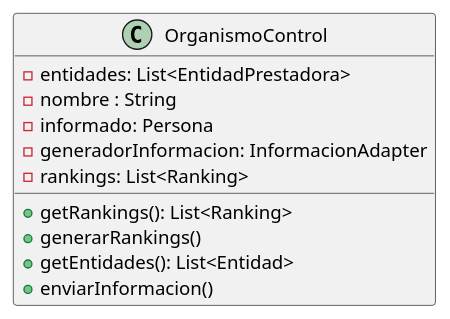
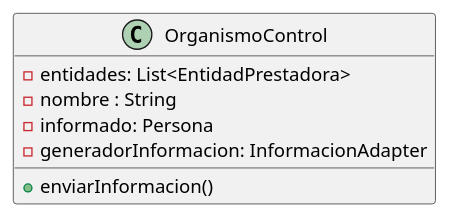
The diagram in DC/E3/domain/entidades/OrganismoControl.puml (mbertogliati/dds-tpa), drawn with PlantUML before and after one commit. The commit also changed 69 other files, not shown here.

Commit message:
Completo la estructura de (casi) todas las clases en el diagrama de clases (ver E3_COMPLETO.puml). Agregue tambien varios TODO con cosas para decidir.

```diff
--- a/DC/E3/domain/entidades/OrganismoControl.puml
+++ b/DC/E3/domain/entidades/OrganismoControl.puml
@@ -1,17 +1,13 @@
 @startuml
 'https://plantuml.com/class-diagram
 
 class OrganismoControl{
     - entidades: List<EntidadPrestadora>
     - nombre : String
     - informado: Persona
     - generadorInformacion: InformacionAdapter
-    - rankings: List<Ranking>
 
-    +getRankings(): List<Ranking>
-    +generarRankings()
-    +getEntidades(): List<Entidad>
     +enviarInformacion()
 }
 
 @enduml
```
